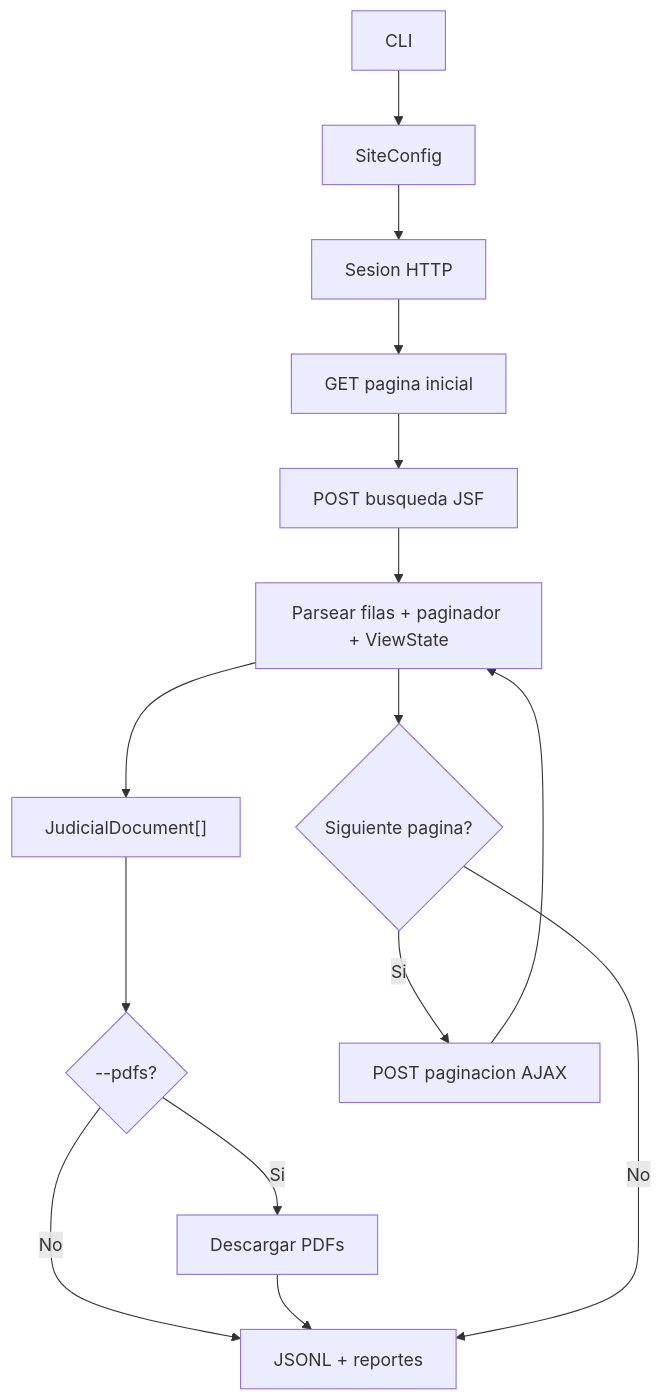
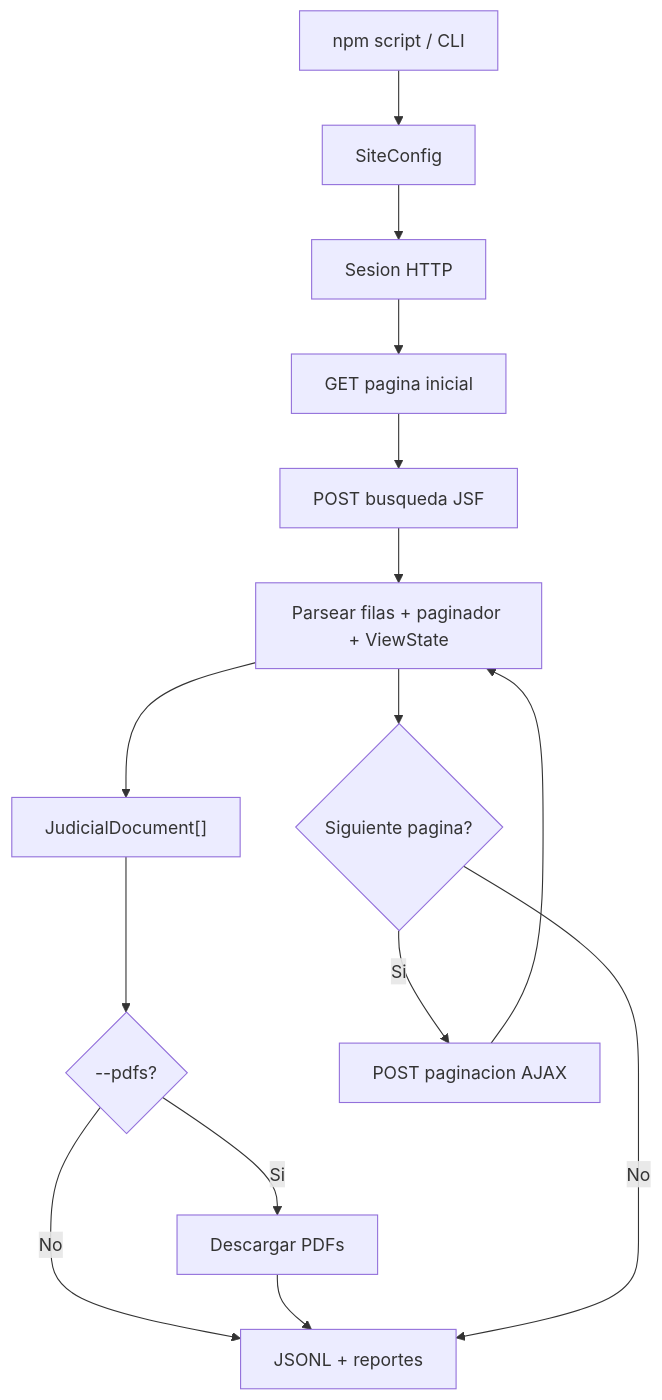
The diagram in README.md (GatoProgramador-01/pj-peru-scraper), drawn with Mermaid before and after one commit. The commit also changed other lines of this file and 2 other files, not shown here.

````diff
--- a/README.md
+++ b/README.md
@@ -101,17 +131,17 @@
 ```mermaid
 flowchart TD
-    CLI["CLI"] --> Config["SiteConfig"]
+    CLI["npm script / CLI"] --> Config["SiteConfig"]
     Config --> Session["Sesion HTTP"]
     Session --> Start["GET pagina inicial"]
     Start --> Search["POST busqueda JSF"]
     Search --> Page["Parsear filas + paginador + ViewState"]
     Page --> Docs["JudicialDocument[]"]
     Docs --> Pdfs{"--pdfs?"}
     Pdfs -->|Si| Download["Descargar PDFs"]
     Pdfs -->|No| Output["JSONL + reportes"]
     Download --> Output
     Page --> Next{"Siguiente pagina?"}
     Next -->|Si| PagePost["POST paginacion AJAX"]
     PagePost --> Page
     Next -->|No| Output
 ```
````
